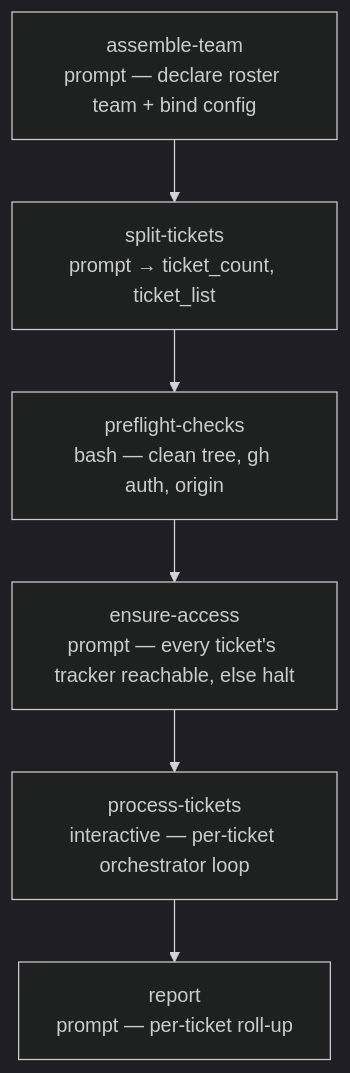
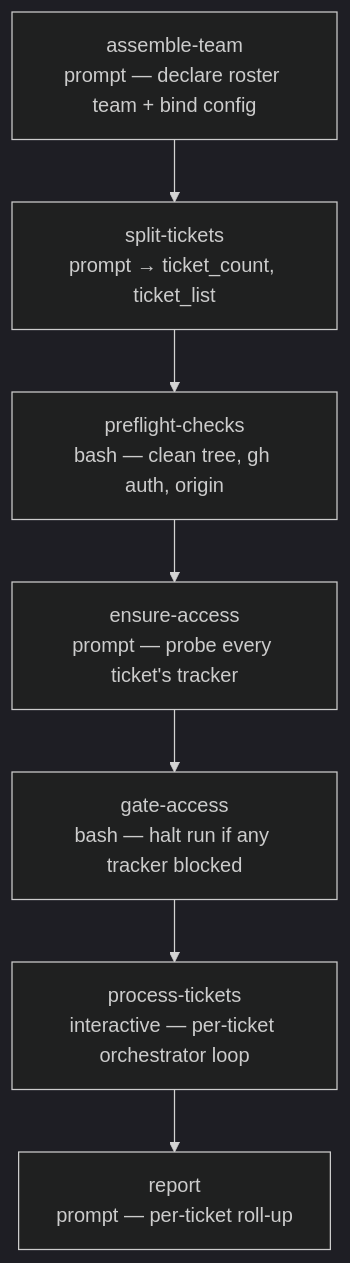
Before and after one commit to e1024kb/wise-claude: the diagram in plugins/wise/workflows/ticket-auto/README.md, drawn with Mermaid (dark theme). The commit also changed other lines of this file and 1 other file, not shown here.

Commit message:
refactor(wise): halt ticket-auto access gate via explicit bash step

````diff
--- a/plugins/wise/workflows/ticket-auto/README.md
+++ b/plugins/wise/workflows/ticket-auto/README.md
@@ -67,8 +67,9 @@
 ```mermaid
 flowchart TD
     A[assemble-team<br/>prompt — declare roster team + bind config] --> B[split-tickets<br/>prompt → ticket_count, ticket_list]
     B --> C[preflight-checks<br/>bash — clean tree, gh auth, origin]
-    C --> G[ensure-access<br/>prompt — every ticket's tracker reachable, else halt]
-    G --> D[process-tickets<br/>interactive — per-ticket orchestrator loop]
+    C --> G[ensure-access<br/>prompt — probe every ticket's tracker]
+    G --> H[gate-access<br/>bash — halt run if any tracker blocked]
+    H --> D[process-tickets<br/>interactive — per-ticket orchestrator loop]
     D --> E[report<br/>prompt — per-ticket roll-up]
 ```
````
